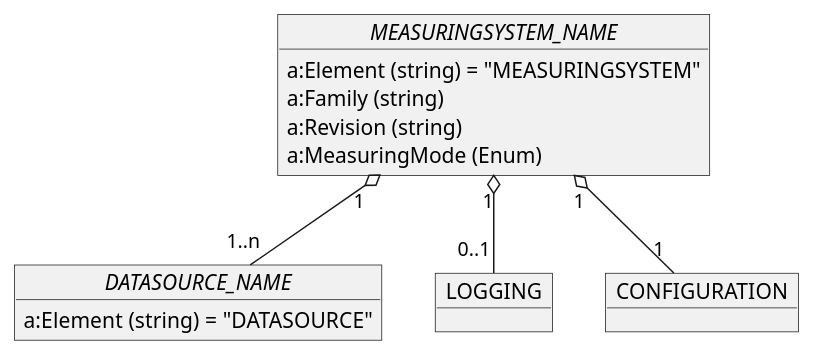
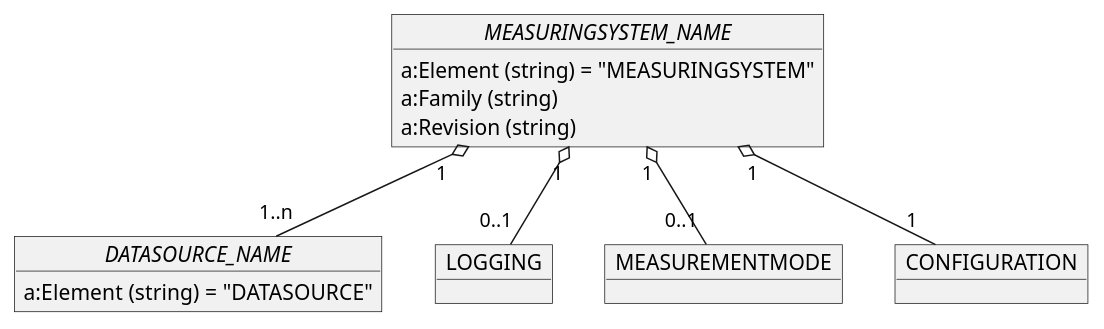
The ninth of 14 diagrams in images/rcm-dx-images.puml (OpenRailAssociation/rcm-dx), drawn with PlantUML before and after one commit. The commit also changed 2 other files, not shown here.

Commit message:
Apply proposed changes to Measurement mode

```diff
--- a/images/rcm-dx-images.puml
+++ b/images/rcm-dx-images.puml
@@ -294,19 +294,21 @@
 @startuml rcmdx_measuringsystem_group
   object "//MEASURINGSYSTEM_NAME//" as MEASURINGSYSTEM {
     a:Element (string) = "MEASURINGSYSTEM"
     a:Family (string)
     a:Revision (string)
-    a:MeasuringMode (Enum) 
   }
 
   object "//DATASOURCE_NAME//" as DATASOURCE {
     a:Element (string) = "DATASOURCE"
   }
   MEASURINGSYSTEM "1" o-- "1..n" DATASOURCE
 
   object LOGGING
   MEASURINGSYSTEM "1" o-- "0..1" LOGGING
 
+  object MEASUREMENTMODE
+  MEASURINGSYSTEM "1" o-- "0..1" MEASUREMENTMODE
+
   object "CONFIGURATION" as ms_config
   MEASURINGSYSTEM "1" o-- "1" ms_config
 @enduml
```
